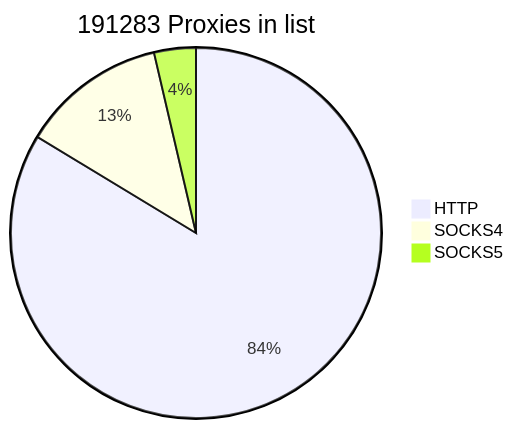
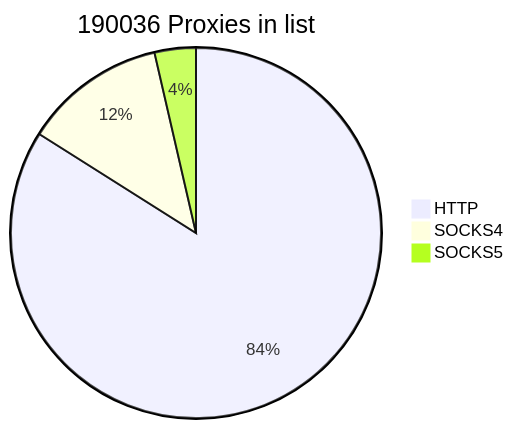
The first of 2 diagrams in README.md (cutipu/proxylist), drawn with Mermaid before and after one commit. The commit also changed other lines of this file, not shown here.

````diff
--- a/README.md
+++ b/README.md
@@ -2,7 +2,7 @@
 ```mermaid
-pie title 191283 Proxies in list
-    "HTTP" : 160029
-    "SOCKS4" : 24282
-    "SOCKS5" : 6972
+pie title 190036 Proxies in list
+    "HTTP" : 159560
+    "SOCKS4" : 23631
+    "SOCKS5" : 6845
             
 ```
````
